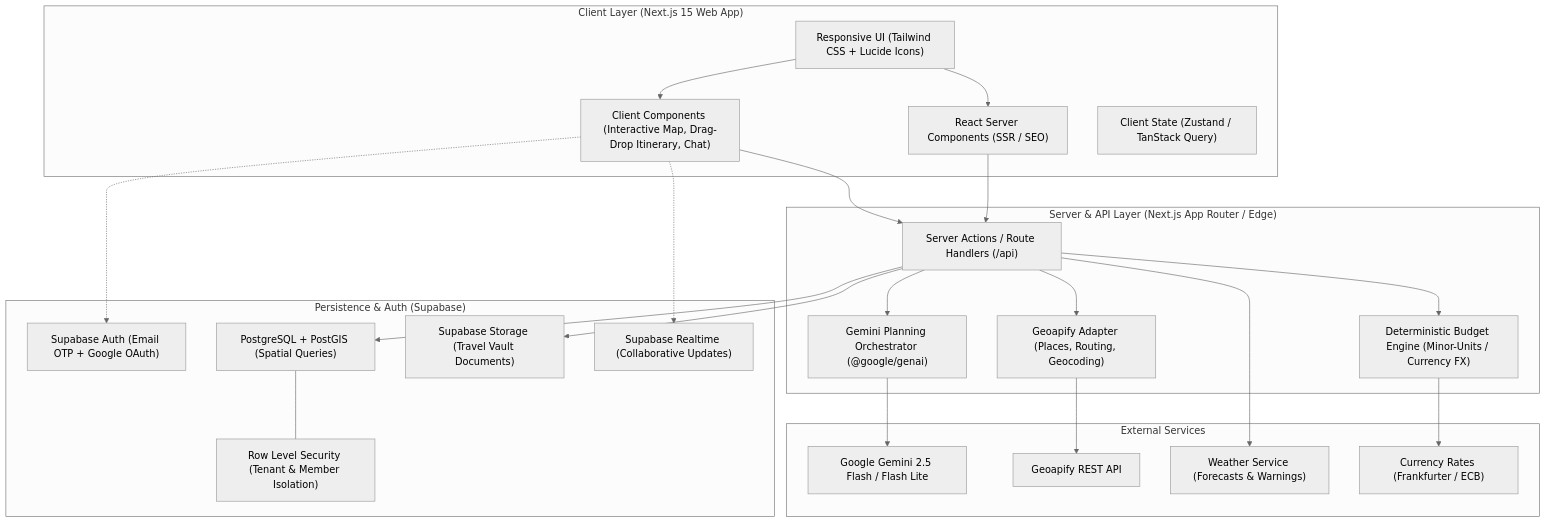
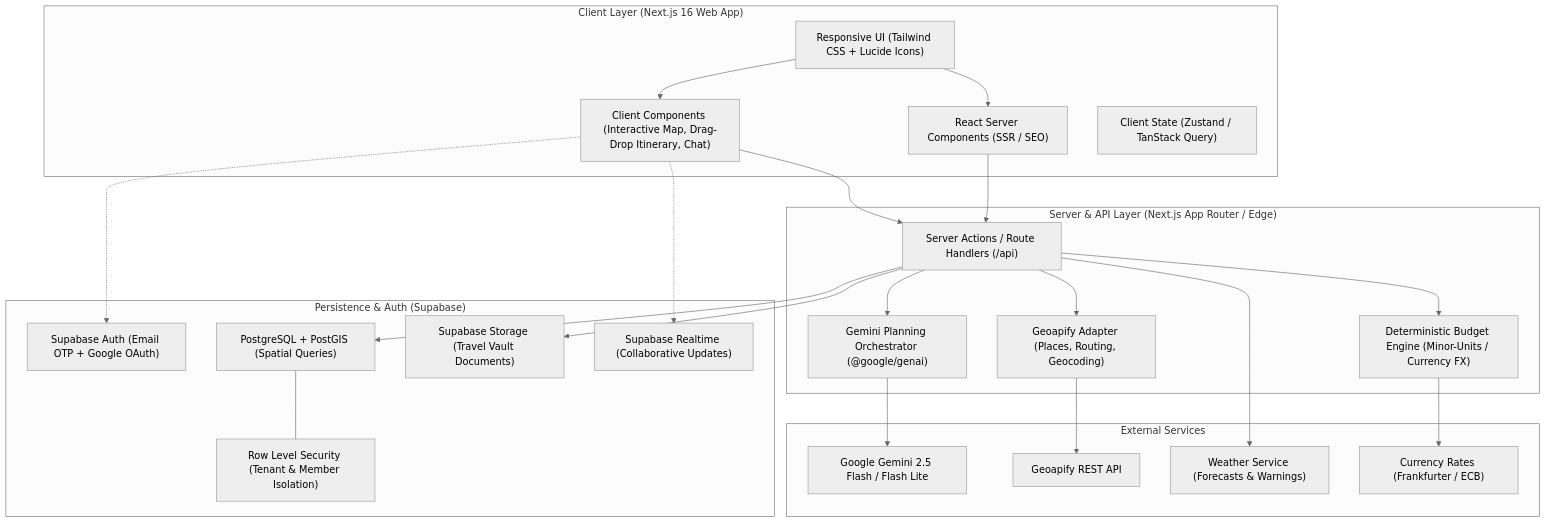
The first of 4 diagrams in IMPLEMENTATION_PLAN.md (sunRiseCoffee654/Wander-Way), drawn with Mermaid (neutral theme) before and after one commit. The commit also changed other lines of this file and 165 other files, not shown here.

````diff
--- a/IMPLEMENTATION_PLAN.md
+++ b/IMPLEMENTATION_PLAN.md
@@ -11,52 +11,52 @@
 ```mermaid
 flowchart TD
-    subgraph Client ["Client Layer (Next.js 15 Web App)"]
+    subgraph Client ["Client Layer (Next.js 16 Web App)"]
         UI["Responsive UI (Tailwind CSS + Lucide Icons)"]
         RSC["React Server Components (SSR / SEO)"]
         ClientIsland["Client Components (Interactive Map, Drag-Drop Itinerary, Chat)"]
         State["Client State (Zustand / TanStack Query)"]
     end
 
     subgraph Server ["Server & API Layer (Next.js App Router / Edge)"]
         ServerActions["Server Actions / Route Handlers (/api)"]
         GeminiOrchestrator["Gemini Planning Orchestrator (@google/genai)"]
         GeoapifyAdapter["Geoapify Adapter (Places, Routing, Geocoding)"]
         BudgetEngine["Deterministic Budget Engine (Minor-Units / Currency FX)"]
     end
 
     subgraph Backend ["Persistence & Auth (Supabase)"]
         SupabaseAuth["Supabase Auth (Email OTP + Google OAuth)"]
         PostgresDB["PostgreSQL + PostGIS (Spatial Queries)"]
         RLS["Row Level Security (Tenant & Member Isolation)"]
         Storage["Supabase Storage (Travel Vault Documents)"]
         Realtime["Supabase Realtime (Collaborative Updates)"]
     end
 
     subgraph External ["External Services"]
         GeminiAPI["Google Gemini 2.5 Flash / Flash Lite"]
         GeoapifyAPI["Geoapify REST API"]
         WeatherAPI["Weather Service (Forecasts & Warnings)"]
         FXAPI["Currency Rates (Frankfurter / ECB)"]
     end
 
     UI --> RSC
     UI --> ClientIsland
     ClientIsland --> ServerActions
     RSC --> ServerActions
 
     ServerActions --> GeminiOrchestrator
     ServerActions --> GeoapifyAdapter
     ServerActions --> BudgetEngine
     ServerActions --> PostgresDB
     ServerActions --> Storage
 
     ClientIsland -.-> Realtime
     ClientIsland -.-> SupabaseAuth
 
     GeminiOrchestrator --> GeminiAPI
     GeoapifyAdapter --> GeoapifyAPI
     ServerActions --> WeatherAPI
     BudgetEngine --> FXAPI
 
     PostgresDB --- RLS
 ```
````
